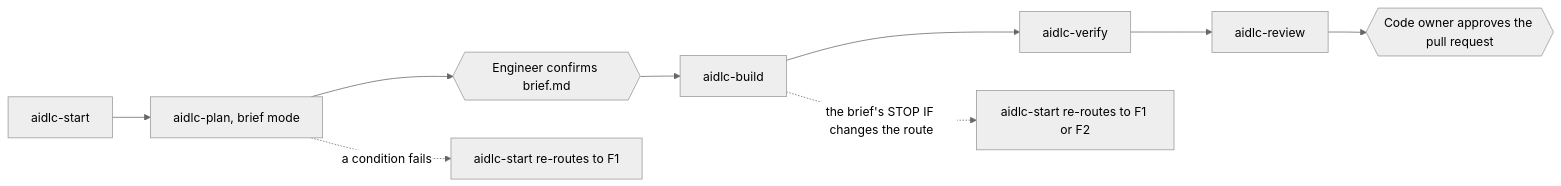
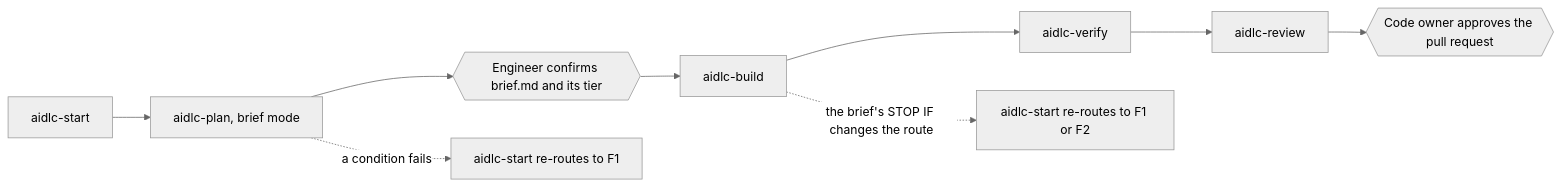
The second of 12 diagrams in docs/operating-model/routes.md (prashantsharma18/aidlc), drawn with Mermaid (neutral theme) before and after one commit. The commit also changed other lines of this file and 8 other files, not shown here.

````diff
--- a/docs/operating-model/routes.md
+++ b/docs/operating-model/routes.md
@@ -60,11 +64,11 @@
 ```mermaid
 flowchart LR
     start["aidlc-start"] --> plan["aidlc-plan, brief mode"]
-    plan --> confirm{{"Engineer confirms brief.md"}}
+    plan --> confirm{{"Engineer confirms brief.md and its tier"}}
     confirm --> build["aidlc-build"]
     build --> verify["aidlc-verify"]
     verify --> review["aidlc-review"]
     review --> merge{{"Code owner approves the pull request"}}
     plan -.->|"a condition fails"| reroute["aidlc-start re-routes to F1"]
     build -.->|"the brief's STOP IF changes the route"| rebuild["aidlc-start re-routes to F1 or F2"]
 ```
````
